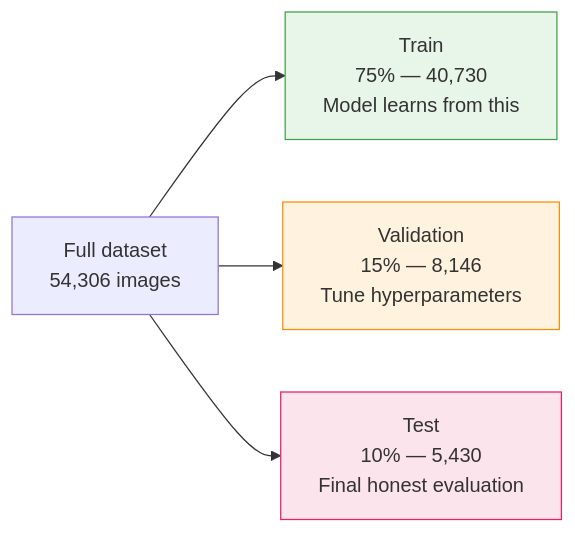
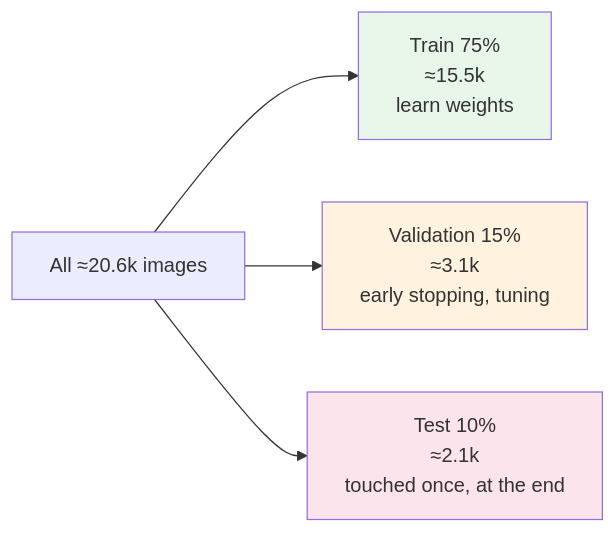
Before and after one commit to Paulmburu/ai-crop-disease-platform: the eighth of 11 diagrams in docs/PHASE_1_ML_THEORY_AND_DATA.md, drawn with Mermaid. The commit also changed other lines of this file and 7 other files, not shown here.

````diff
--- a/docs/PHASE_1_ML_THEORY_AND_DATA.md
+++ b/docs/PHASE_1_ML_THEORY_AND_DATA.md
@@ -1110,10 +1007,9 @@
 ```mermaid
 flowchart LR
-    A["Full dataset\n54,306 images"] --> B["Train\n75% — 40,730\nModel learns from this"]
-    A --> C["Validation\n15% — 8,146\nTune hyperparameters"]
-    A --> D["Test\n10% — 5,430\nFinal honest evaluation"]
-
-    style B fill:#e8f5e9,stroke:#43a047
-    style C fill:#fff3e0,stroke:#fb8c00
-    style D fill:#fce4ec,stroke:#e91e63
+    D["All ≈20.6k images"] --> T["Train 75%<br/>≈15.5k<br/>learn weights"]
+    D --> V["Validation 15%<br/>≈3.1k<br/>early stopping, tuning"]
+    D --> X["Test 10%<br/>≈2.1k<br/>touched once, at the end"]
+    style T fill:#e8f5e9
+    style V fill:#fff3e0
+    style X fill:#fce4ec
 ```
````
